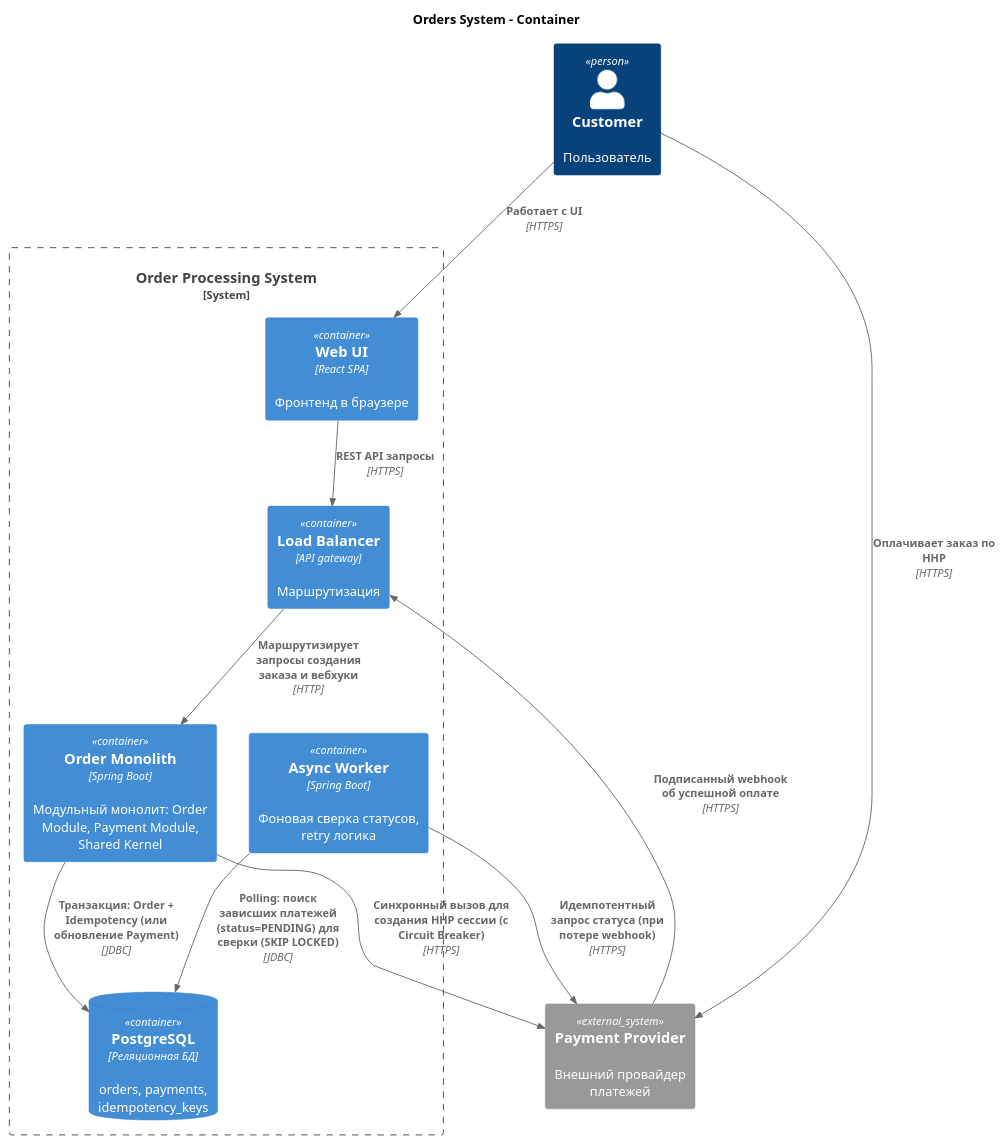
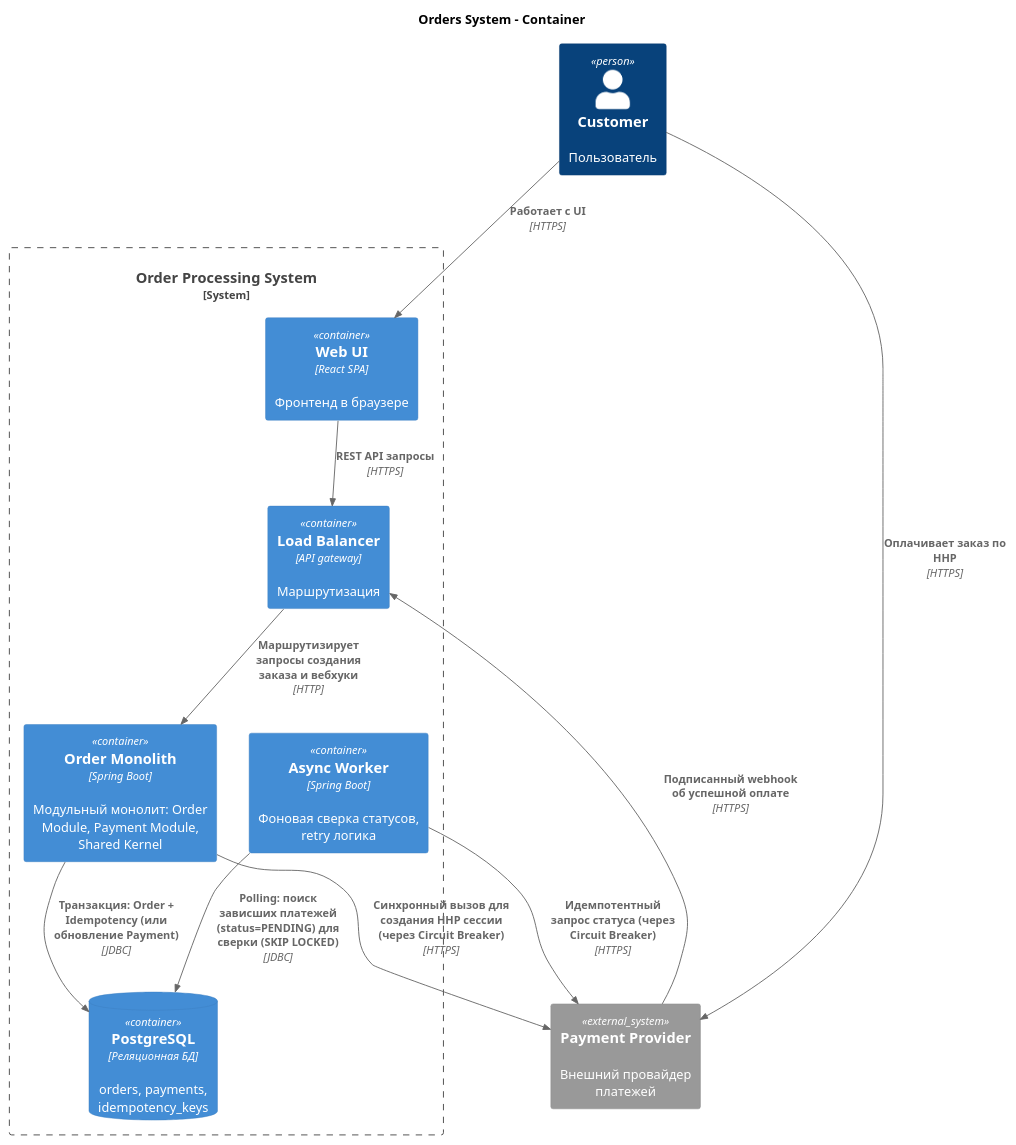
Before and after one commit to Adsimka/order-system-architecture: the diagram in docs/diagrams/c4/container/orders-container.puml, drawn with PlantUML. The commit also changed 5 other files, not shown here.

```diff
--- a/docs/diagrams/c4/container/orders-container.puml
+++ b/docs/diagrams/c4/container/orders-container.puml
@@ -1,28 +1,28 @@
 @startuml
 
 !include https://raw.githubusercontent.com/plantuml-stdlib/C4-PlantUML/master/C4_Container.puml
 
 title Orders System - Container
 
 Person(customer, "Customer", "Пользователь")
 
 System_Ext(paymentProvider, "Payment Provider", "Внешний провайдер платежей")
 System_Boundary(systemBoundary, "Order Processing System") {
     Container(ui, "Web UI", "React SPA", "Фронтенд в браузере")
     Container(edge, "Load Balancer", "API gateway", "Маршрутизация")
     Container(monolith, "Order Monolith", "Spring Boot", "Модульный монолит: Order Module, Payment Module, Shared Kernel")
     ContainerDb(db, "PostgreSQL", "Реляционная БД", "orders, payments, idempotency_keys")
     Container(worker, "Async Worker", "Spring Boot", "Фоновая сверка статусов, retry логика")
 }
 
 Rel(customer, ui, "Работает c UI", "HTTPS")
 Rel(ui, edge, "REST API запросы", "HTTPS")
 Rel(edge, monolith, "Маршрутизирует запросы создания заказа и вебхуки", "HTTP")
 Rel(monolith, db, "Транзакция: Order + Idempotency (или обновление Payment)", "JDBC")
-Rel(monolith, paymentProvider, "Синхронный вызов для создания HHP сессии (с Circuit Breaker)", "HTTPS")
+Rel(monolith, paymentProvider, "Синхронный вызов для создания HHP сессии (через Circuit Breaker)", "HTTPS")
 Rel(paymentProvider, edge, "Подписанный webhook об успешной оплате", "HTTPS")
 Rel(customer, paymentProvider, "Оплачивает заказ по HHP", "HTTPS")
 Rel(worker, db, "Polling: поиск зависших платежей (status=PENDING) для сверки (SKIP LOCKED)", "JDBC")
-Rel(worker, paymentProvider, "Идемпотентный запрос статуса (при потере webhook)", "HTTPS")
+Rel(worker, paymentProvider, "Идемпотентный запрос статуса (через Circuit Breaker)", "HTTPS")
 
 @enduml
```
